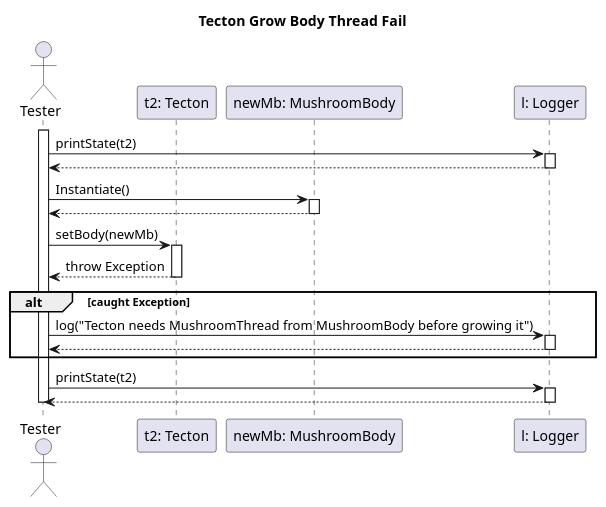
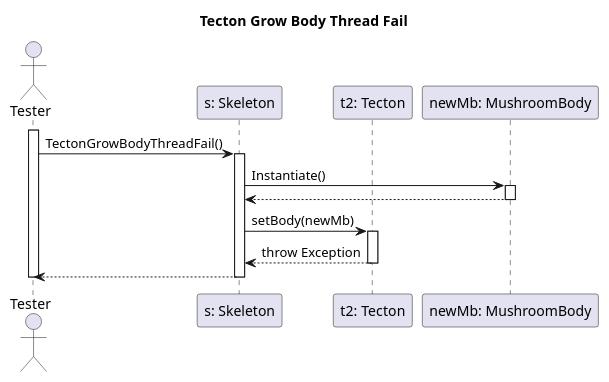
The diagram in diagrams/test-sequence/tectonGrowBodyThreadFail.puml (dzsem/projlab), drawn with PlantUML before and after one commit.

Commit message:
rem logger, add skeleton, in tecotnGrowBodyThreadFail

```diff
--- a/diagrams/test-sequence/tectonGrowBodyThreadFail.puml
+++ b/diagrams/test-sequence/tectonGrowBodyThreadFail.puml
@@ -1,42 +1,31 @@
 @startuml tectonGrowBodyTest
 
 title Tecton Grow Body Thread Fail
 
 actor "Tester" as ts
+participant "s: Skeleton" as s
 participant "t2: Tecton" as t2
 participant "newMb: MushroomBody" as newMb
-participant "l: Logger" as l
 
 activate ts
 
-ts -> l: printState(t2)
-activate l
-ts <-- l
-deactivate l
+ts -> s: TectonGrowBodyThreadFail()
+activate s
 
-ts -> newMb: Instantiate()
+s -> newMb: Instantiate()
 activate newMb
-ts <-- newMb
+s <-- newMb
 deactivate newMb
 
-ts -> t2: setBody(newMb)
+s -> t2: setBody(newMb)
 activate t2
 
-ts <-- t2: throw Exception
+s <-- t2: throw Exception
 deactivate t2
 
-alt caught Exception
-    ts -> l: log("Tecton needs MushroomThread from MushroomBody before growing it")
-    activate l
-    ts <-- l
-    deactivate l    
-end
-
-ts -> l: printState(t2)
-activate l
-ts <-- l
-deactivate l
+ts <-- s
+deactivate s
 
 deactivate ts
 
 @enduml
```
